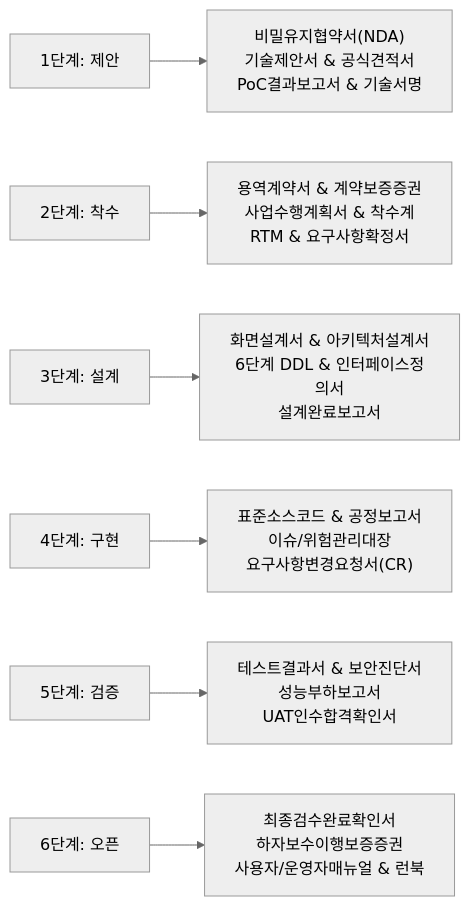
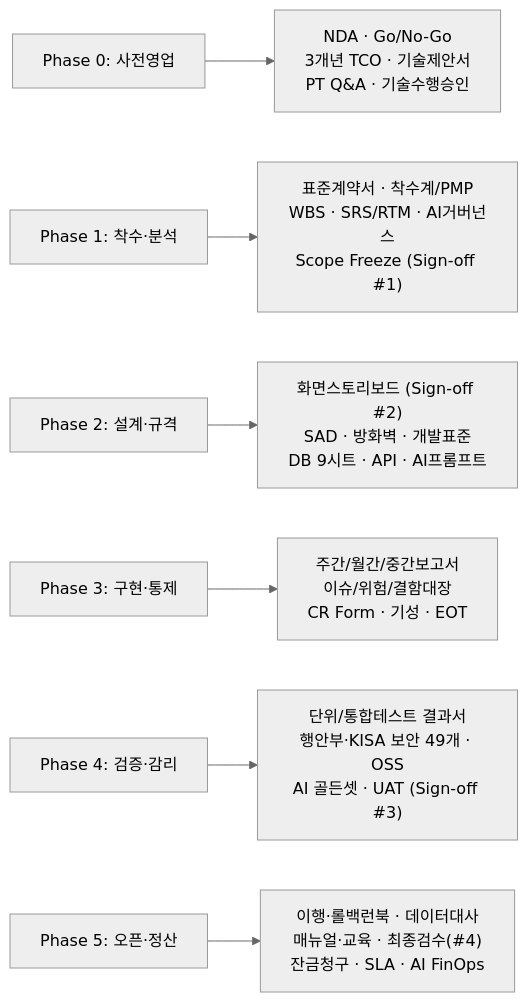
Before and after one commit to DramaticCollaboration/doc.github.io: the third of 3 diagrams in ko/methodology/enterprise-project-lifecycle.md, drawn with Mermaid (neutral theme). The commit also changed other lines of this file and 477 other files, not shown here.

````diff
--- a/ko/methodology/enterprise-project-lifecycle.md
+++ b/ko/methodology/enterprise-project-lifecycle.md
@@ -293,9 +292,9 @@
 ```mermaid
 flowchart LR
-    D0["1단계: 제안"] --> O1["비밀유지협약서(NDA)<br/>기술제안서 & 공식견적서<br/>PoC결과보고서 & 기술서명"]
-    D1["2단계: 착수"] --> O2["용역계약서 & 계약보증증권<br/>사업수행계획서 & 착수계<br/>RTM & 요구사항확정서"]
-    D2["3단계: 설계"] --> O3["화면설계서 & 아키텍처설계서<br/>6단계 DDL & 인터페이스정의서<br/>설계완료보고서"]
-    D3["4단계: 구현"] --> O4["표준소스코드 & 공정보고서<br/>이슈/위험관리대장<br/>요구사항변경요청서(CR)"]
-    D4["5단계: 검증"] --> O5["테스트결과서 & 보안진단서<br/>성능부하보고서<br/>UAT인수합격확인서"]
-    D5["6단계: 오픈"] --> O6["최종검수완료확인서<br/>하자보수이행보증증권<br/>사용자/운영자매뉴얼 & 런북"]
+    D0["Phase 0: 사전영업"] --> O1["NDA · Go/No-Go<br/>3개년 TCO · 기술제안서<br/>PT Q&A · 기술수행승인"]
+    D1["Phase 1: 착수·분석"] --> O2["표준계약서 · 착수계/PMP<br/>WBS · SRS/RTM · AI거버넌스<br/>Scope Freeze (Sign-off #1)"]
+    D2["Phase 2: 설계·규격"] --> O3["화면스토리보드 (Sign-off #2)<br/>SAD · 방화벽 · 개발표준<br/>DB 9시트 · API · AI프롬프트"]
+    D3["Phase 3: 구현·통제"] --> O4["주간/월간/중간보고서<br/>이슈/위험/결함대장<br/>CR Form · 기성 · EOT"]
+    D4["Phase 4: 검증·감리"] --> O5["단위/통합테스트 결과서<br/>행안부·KISA 보안 49개 · OSS<br/>AI 골든셋 · UAT (Sign-off #3)"]
+    D5["Phase 5: 오픈·정산"] --> O6["이행·롤백런북 · 데이터대사<br/>매뉴얼·교육 · 최종검수(#4)<br/>잔금청구 · SLA · AI FinOps"]
 ```
````
